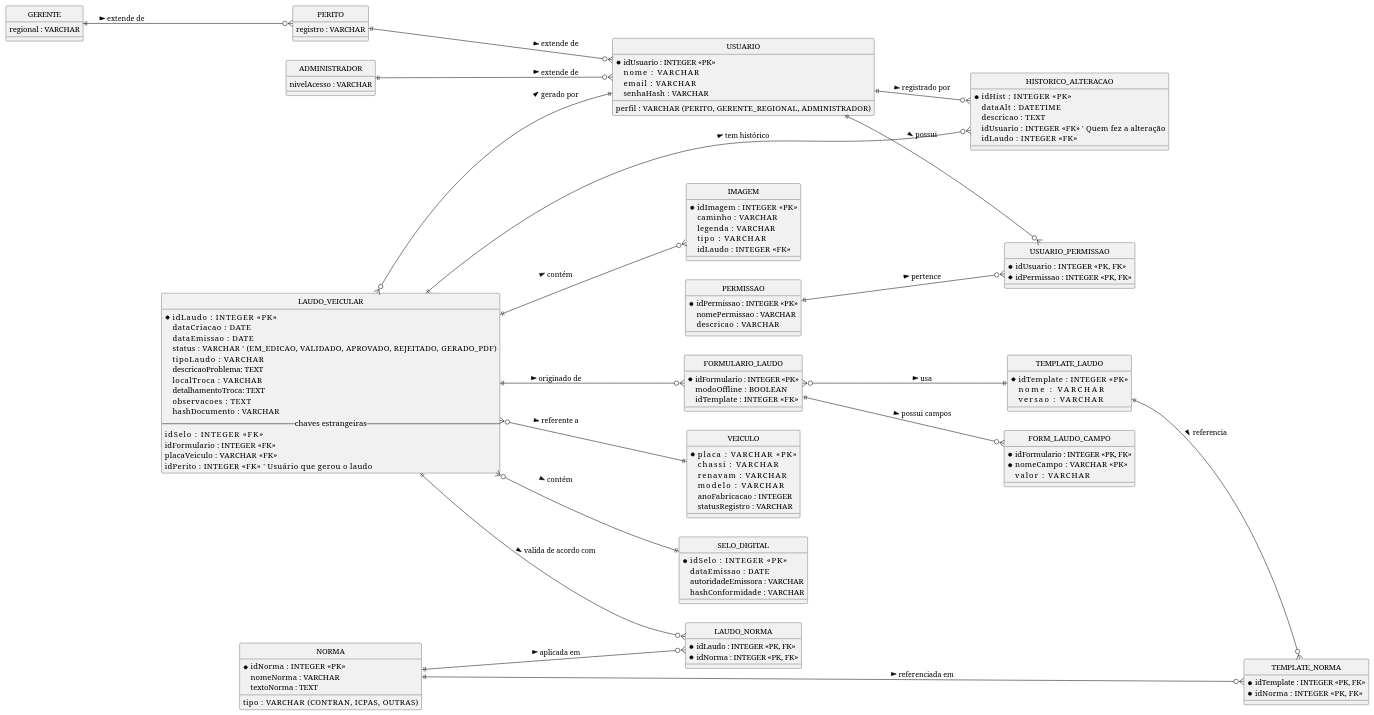
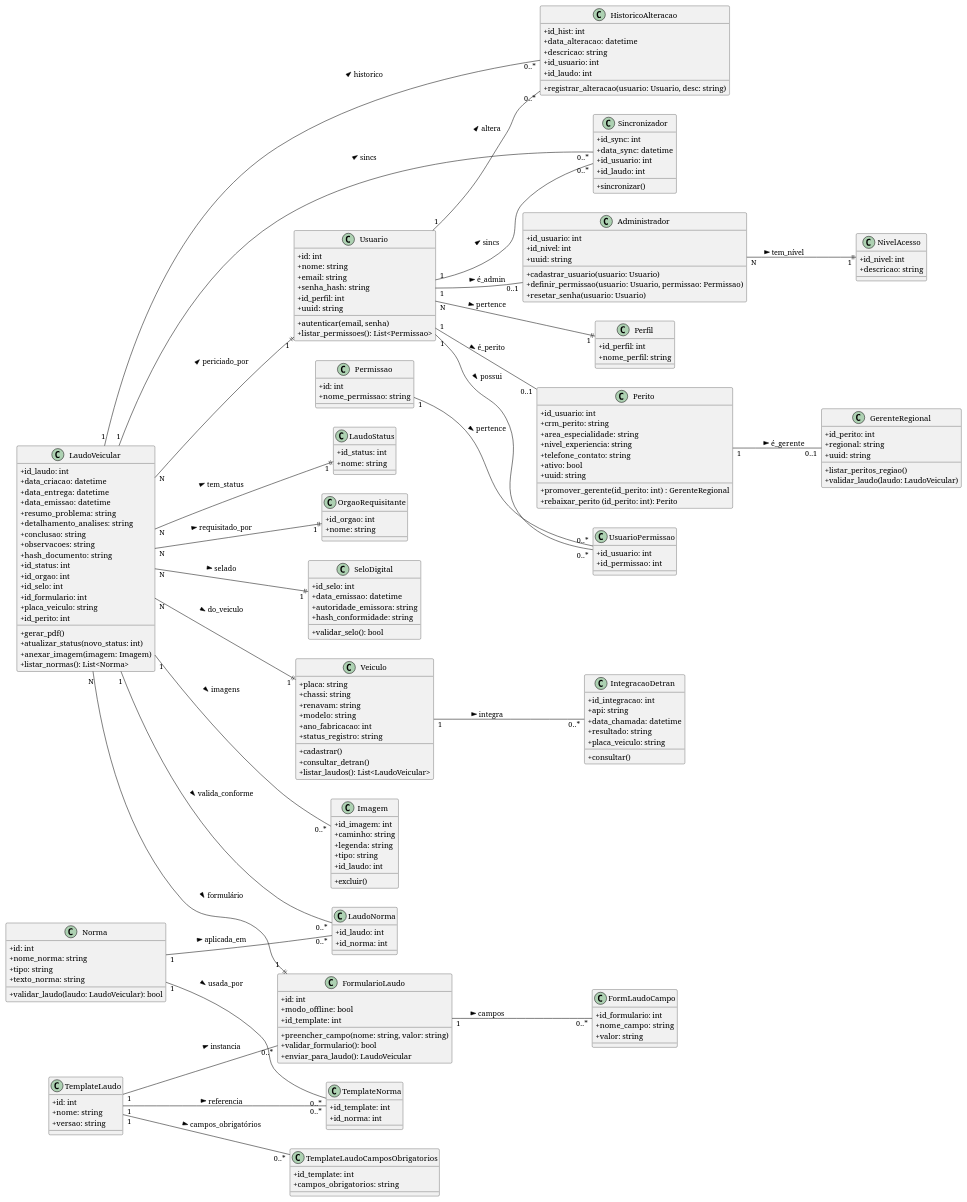
One commit to trem-balinha-da-vu/AutoLaudo changed the diagram in modelagens/diagrama-ER/ER_AutoLaudo.puml. Above: the diagram before and after it, drawn with PlantUML. The commit also changed 98 other files, not shown here.

```diff
--- a/modelagens/diagrama-ER/ER_AutoLaudo.puml
+++ b/modelagens/diagrama-ER/ER_AutoLaudo.puml
@@ -1,186 +1,236 @@
-@startuml ERD_AutoLaudo
-hide circle
+@startuml AutoLaudoClasses
+skinparam classAttributeIconSize 0
 left to right direction
 
-
-'======================================================================
-' Entidades principais
-'======================================================================
-entity "USUARIO" as USUARIO {
-  * idUsuario : INTEGER <<PK>>
-    nome        : VARCHAR
-    email       : VARCHAR
-    senhaHash   : VARCHAR
-    perfil      : VARCHAR    (PERITO, GERENTE_REGIONAL, ADMINISTRADOR)
+'---------------------- Usuário, Perfil, Permissão -------------------------
+class Usuario {
+  + id: int
+  + nome: string
+  + email: string
+  + senha_hash: string
+  + id_perfil: int
+  + uuid: string
+  + autenticar(email, senha)
+  + listar_permissoes(): List<Permissao>
 }
 
-entity "PERITO" as PERITO {
-  registro : VARCHAR
+class Perfil {
+  + id_perfil: int
+  + nome_perfil: string
 }
 
-entity "GERENTE" as GERENTE{
-  regional : VARCHAR
+class Permissao {
+  + id: int
+  + nome_permissao: string
 }
 
-entity "ADMINISTRADOR" as ADM {
-  nivelAcesso : VARCHAR
+class UsuarioPermissao {
+  + id_usuario: int
+  + id_permissao: int
 }
 
-PERITO ||--o{ USUARIO : extende de >
-GERENTE ||--o{ PERITO : extende de >
-ADM ||--o{ USUARIO : extende de >
+Usuario "N" --|| "1" Perfil : pertence >
+Usuario "1" -- "0..*" UsuarioPermissao : possui >
+Permissao "1" -- "0..*" UsuarioPermissao : pertence >
+Usuario "1" -- "0..1" Perito : é_perito >
+Usuario "1" -- "0..1" Administrador : é_admin >
 
-entity "PERMISSAO" as PERMISSAO {
-  * idPermissao : INTEGER <<PK>>
-    nomePermissao : VARCHAR
-    descricao     : VARCHAR
+'---------------------- Perito, Gerente, Administrador -------------------------
+class Perito {
+  + id_usuario: int
+  + crm_perito: string
+  + area_especialidade: string
+  + nivel_experiencia: string
+  + telefone_contato: string
+  + ativo: bool
+  + uuid: string
+  + promover_gerente(id_perito: int) : GerenteRegional
+  + rebaixar_perito (id_perito: int): Perito
 }
 
-entity "USUARIO_PERMISSAO" as USUARIO_PERMISSAO {
-  * idUsuario    : INTEGER <<PK, FK>>
-  * idPermissao  : INTEGER <<PK, FK>>
+class GerenteRegional {
+  + id_perito: int
+  + regional: string
+  + uuid: string
+  + listar_peritos_regiao()
+  + validar_laudo(laudo: LaudoVeicular)
 }
 
-USUARIO ||--o{ USUARIO_PERMISSAO : possui >
-PERMISSAO ||--o{ USUARIO_PERMISSAO : pertence >
-
-'======================================================================
-' Norma e TemplateLaudo (M:N)
-'======================================================================
-entity "NORMA" as NORMA {
-  * idNorma    : INTEGER <<PK>>
-    nomeNorma  : VARCHAR
-    tipo       : VARCHAR    (CONTRAN, ICPAS, OUTRAS)
-    textoNorma : TEXT
+class Administrador {
+  + id_usuario: int
+  + id_nivel: int
+  + uuid: string
+  + cadastrar_usuario(usuario: Usuario)
+  + definir_permissao(usuario: Usuario, permissao: Permissao)
+  + resetar_senha(usuario: Usuario)
 }
 
-entity "TEMPLATE_LAUDO" as TEMPLATE_LAUDO {
-  * idTemplate       : INTEGER <<PK>>
-    nome             : VARCHAR
-    versao           : VARCHAR
+class NivelAcesso {
+  + id_nivel: int
+  + descricao: string
 }
 
-entity "TEMPLATE_NORMA" as TEMPLATE_NORMA {
-  * idTemplate : INTEGER <<PK, FK>>
-  * idNorma    : INTEGER <<PK, FK>>
+Perito "1" -- "0..1" GerenteRegional : é_gerente >
+Administrador "N" --|| "1" NivelAcesso : tem_nível >
+
+'---------------------- Veículo e Integração DETRAN -------------------------
+class Veiculo {
+  + placa: string
+  + chassi: string
+  + renavam: string
+  + modelo: string
+  + ano_fabricacao: int
+  + status_registro: string
+  + cadastrar()
+  + consultar_detran()
+  + listar_laudos(): List<LaudoVeicular>
 }
 
-TEMPLATE_LAUDO ||--o{ TEMPLATE_NORMA : referencia >
-NORMA         ||--o{ TEMPLATE_NORMA : referenciada em >
-
-'======================================================================
-' FormularioLaudo e campos
-'======================================================================
-entity "FORMULARIO_LAUDO" as FORMULARIO_LAUDO {
-  * idFormulario : INTEGER <<PK>>
-    modoOffline   : BOOLEAN
-    idTemplate    : INTEGER <<FK>>  
+class IntegracaoDetran {
+  + id_integracao: int
+  + api: string
+  + data_chamada: datetime
+  + resultado: string
+  + placa_veiculo: string
+  + consultar()
 }
 
-FORMULARIO_LAUDO }o--|| TEMPLATE_LAUDO : usa >
+Veiculo "1" -- "0..*" IntegracaoDetran : integra >
 
-entity "FORM_LAUDO_CAMPO" as FORM_LAUDO_CAMPO {
-  * idFormulario : INTEGER <<PK, FK>>
-  * nomeCampo    : VARCHAR <<PK>>
-    valor         : VARCHAR
+'---------------------- Laudo, Status, Selo, Orgao, etc. -------------------------
+class LaudoStatus {
+  + id_status: int
+  + nome: string
 }
 
-FORMULARIO_LAUDO ||--o{ FORM_LAUDO_CAMPO : possui campos >
-
-'======================================================================
-' Veiculo
-'======================================================================
-entity "VEICULO" as VEICULO {
-  * placa           : VARCHAR <<PK>>
-    chassi          : VARCHAR
-    renavam         : VARCHAR
-    modelo          : VARCHAR
-    anoFabricacao   : INTEGER
-    statusRegistro  : VARCHAR
+class OrgaoRequisitante {
+  + id_orgao: int
+  + nome: string
 }
 
-'======================================================================
-' LaudoVeicular
-'======================================================================
-entity "SELO_DIGITAL" as SELO_DIGITAL {
-  * idSelo          : INTEGER <<PK>>
-    dataEmissao     : DATE
-    autoridadeEmissora : VARCHAR
-    hashConformidade   : VARCHAR
+class SeloDigital {
+  + id_selo: int
+  + data_emissao: datetime
+  + autoridade_emissora: string
+  + hash_conformidade: string
+  + validar_selo(): bool
 }
 
-entity "LAUDO_VEICULAR" as LAUDO_VEICULAR {
-  * idLaudo          : INTEGER <<PK>>
-    dataCriacao      : DATE
-    dataEmissao      : DATE
-    status           : VARCHAR   ' (EM_EDICAO, VALIDADO, APROVADO, REJEITADO, GERADO_PDF)
-    tipoLaudo        : VARCHAR
-    descricaoProblema: TEXT
-    localTroca       : VARCHAR
-    detalhamentoTroca: TEXT
-    observacoes      : TEXT
-    hashDocumento    : VARCHAR
-  -- chaves estrangeiras --
-    idSelo           : INTEGER <<FK>>
-    idFormulario     : INTEGER <<FK>>
-    placaVeiculo     : VARCHAR <<FK>>
-    idPerito         : INTEGER <<FK>>   ' Usuário que gerou o laudo
+class FormularioLaudo {
+  + id: int
+  + modo_offline: bool
+  + id_template: int
+  + preencher_campo(nome: string, valor: string)
+  + validar_formulario(): bool
+  + enviar_para_laudo(): LaudoVeicular
 }
 
-LAUDO_VEICULAR }o--|| SELO_DIGITAL     : contém >
-LAUDO_VEICULAR ||--o{ FORMULARIO_LAUDO : originado de >
-LAUDO_VEICULAR }o--|| VEICULO          : referente a >
-LAUDO_VEICULAR }o--|| USUARIO          : gerado por >
-
-'======================================================================
-' Imagem e HistoricoAlteracao
-'======================================================================
-entity "IMAGEM" as IMAGEM {
-  * idImagem    : INTEGER <<PK>>
-    caminho     : VARCHAR
-    legenda     : VARCHAR
-    tipo        : VARCHAR
-    idLaudo     : INTEGER <<FK>>
+class LaudoVeicular {
+  + id_laudo: int
+  + data_criacao: datetime
+  + data_entrega: datetime
+  + data_emissao: datetime
+  + resumo_problema: string
+  + detalhamento_analises: string
+  + conclusao: string
+  + observacoes: string
+  + hash_documento: string
+  + id_status: int
+  + id_orgao: int
+  + id_selo: int
+  + id_formulario: int
+  + placa_veiculo: string
+  + id_perito: int
+  + gerar_pdf()
+  + atualizar_status(novo_status: int)
+  + anexar_imagem(imagem: Imagem)
+  + listar_normas(): List<Norma>
 }
 
-LAUDO_VEICULAR ||--o{ IMAGEM : contém >
+LaudoVeicular "N" --|| "1" LaudoStatus : tem_status >
+LaudoVeicular "N" --|| "1" OrgaoRequisitante : requisitado_por >
+LaudoVeicular "N" --|| "1" SeloDigital : selado >
+LaudoVeicular "N" --|| "1" FormularioLaudo : formulário >
+LaudoVeicular "N" --|| "1" Veiculo : do_veiculo >
+LaudoVeicular "N" --|| "1" Usuario : periciado_por >
 
-entity "HISTORICO_ALTERACAO" as HISTORICO_ALTERACAO {
-  * idHist       : INTEGER <<PK>>
-    dataAlt      : DATETIME
-    descricao    : TEXT
-    idUsuario    : INTEGER <<FK>>   ' Quem fez a alteração
-    idLaudo      : INTEGER <<FK>>
+'---------------------- LaudoNorma, Norma, Templates, Campos -------------------------
+class LaudoNorma {
+  + id_laudo: int
+  + id_norma: int
 }
 
-LAUDO_VEICULAR ||--o{ HISTORICO_ALTERACAO : tem histórico >
-USUARIO        ||--o{ HISTORICO_ALTERACAO : registrado por >
-
-'======================================================================
-' Norma aplicada ao Laudo (M:N indireto)
-'======================================================================
-entity "LAUDO_NORMA" as LAUDO_NORMA {
-  * idLaudo : INTEGER <<PK, FK>>
-  * idNorma : INTEGER <<PK, FK>>
+class Norma {
+  + id: int
+  + nome_norma: string
+  + tipo: string
+  + texto_norma: string
+  + validar_laudo(laudo: LaudoVeicular): bool
 }
 
-LAUDO_VEICULAR ||--o{ LAUDO_NORMA : valida de acordo com >
-NORMA         ||--o{ LAUDO_NORMA : aplicada em >
+class TemplateLaudo {
+  + id: int
+  + nome: string
+  + versao: string
+}
 
-'======================================================================
-' Veiculo (já definido) – IntegracaoDetran via processo, não armazenado
-'======================================================================
-' A integração com Detran e Renavam é feita via API,
-' portanto não mapeamos IntegracaoDetran como entidade persistente.
+class TemplateNorma {
+  + id_template: int
+  + id_norma: int
+}
 
-'======================================================================
-' Usuários especializados (Perito, GerenteRegional, Administrador)
-'======================================================================
-' Já representados em USUARIO com atributo perfil.
+class TemplateLaudoCamposObrigatorios {
+  + id_template: int
+  + campos_obrigatorios: string
+}
 
-'======================================================================
-' Demais entidades de processo (Dashboard, Sincronizador, Auth2FA, Criptografia)
-'======================================================================
-' Não mapeadas como entidades ER, pois não geram tabelas persistentes.
+class FormLaudoCampo {
+  + id_formulario: int
+  + nome_campo: string
+  + valor: string
+}
+
+TemplateLaudo "1" -- "0..*" TemplateNorma : referencia >
+Norma "1" -- "0..*" TemplateNorma : usada_por >
+TemplateLaudo "1" -- "0..*" TemplateLaudoCamposObrigatorios : campos_obrigatórios >
+TemplateLaudo "1" -- "0..*" FormularioLaudo : instancia >
+FormularioLaudo "1" -- "0..*" FormLaudoCampo : campos >
+
+LaudoVeicular "1" -- "0..*" LaudoNorma : valida_conforme >
+Norma "1" -- "0..*" LaudoNorma : aplicada_em >
+
+'---------------------- Imagem, Histórico, Sincronizador -------------------------
+class Imagem {
+  + id_imagem: int
+  + caminho: string
+  + legenda: string
+  + tipo: string
+  + id_laudo: int
+  + excluir()
+}
+
+class HistoricoAlteracao {
+  + id_hist: int
+  + data_alteracao: datetime
+  + descricao: string
+  + id_usuario: int
+  + id_laudo: int
+  + registrar_alteracao(usuario: Usuario, desc: string)
+}
+
+LaudoVeicular "1" -- "0..*" Imagem : imagens >
+LaudoVeicular "1" -- "0..*" HistoricoAlteracao : historico >
+Usuario "1" -- "0..*" HistoricoAlteracao : altera >
+
+class Sincronizador {
+  + id_sync: int
+  + data_sync: datetime
+  + id_usuario: int
+  + id_laudo: int
+  + sincronizar()
+}
+
+LaudoVeicular "1" -- "0..*" Sincronizador : sincs >
+Usuario "1" -- "0..*" Sincronizador : sincs >
 
 @enduml
```
